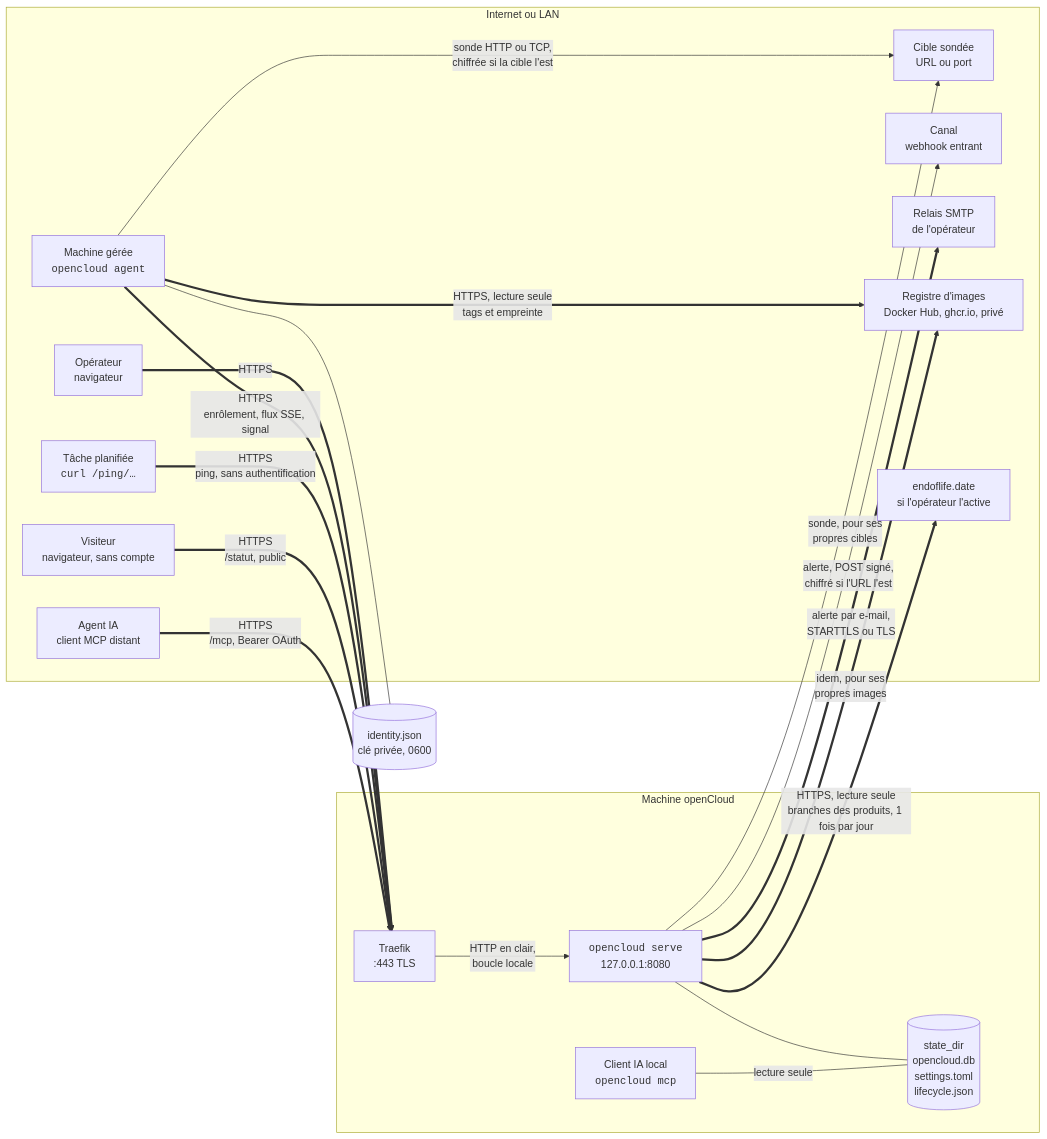
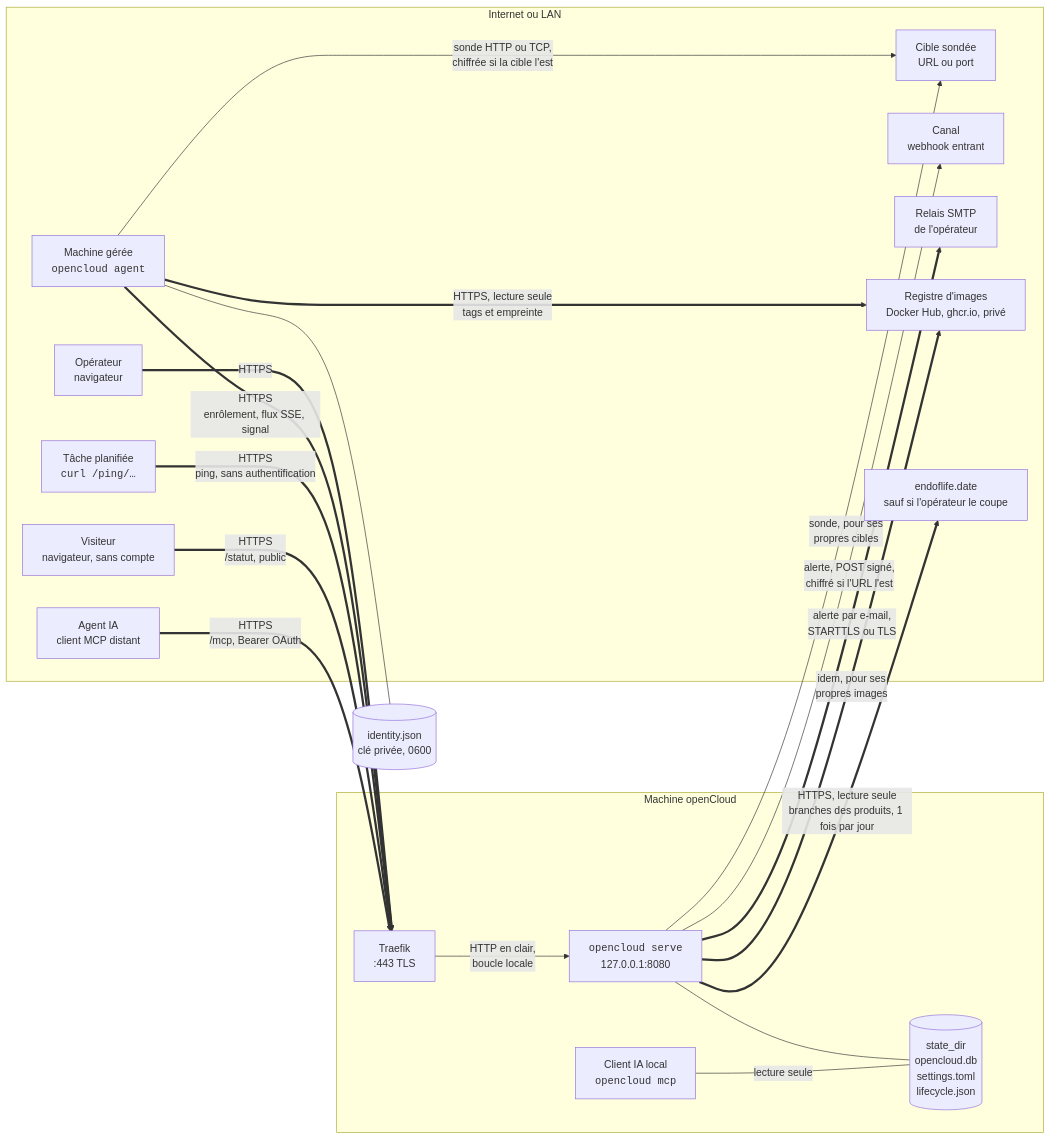
Before and after one commit to ldesfontaine/opencloud: the diagram in docs/projet/22-fonctionnement.md, drawn with Mermaid. The commit also changed other lines of this file and 12 other files, not shown here.

````diff
--- a/docs/projet/22-fonctionnement.md
+++ b/docs/projet/22-fonctionnement.md
@@ -30,37 +31,37 @@
 ```mermaid
 flowchart LR
     subgraph internet["Internet ou LAN"]
         op["Opérateur<br>navigateur"]
         ag["Machine gérée<br><code>opencloud agent</code>"]
         job["Tâche planifiée<br><code>curl /ping/…</code>"]
         tgt["Cible sondée<br>URL ou port"]
         vis["Visiteur<br>navigateur, sans compte"]
         hook["Canal<br>webhook entrant"]
         smtp["Relais SMTP<br>de l'opérateur"]
         reg["Registre d'images<br>Docker Hub, ghcr.io, privé"]
-        eol["endoflife.date<br>si l'opérateur l'active"]
+        eol["endoflife.date<br>sauf si l'opérateur le coupe"]
         ai["Agent IA<br>client MCP distant"]
     end
     subgraph oc["Machine openCloud"]
         tr["Traefik<br>:443 TLS"]
         srv["<code>opencloud serve</code><br>127.0.0.1:8080"]
         db[("state_dir<br>opencloud.db<br>settings.toml<br>lifecycle.json")]
         cli["Client IA local<br><code>opencloud mcp</code>"]
         tr -- "HTTP en clair,<br>boucle locale" --> srv
         srv --- db
         cli -- "lecture seule" --- db
     end
     op == "HTTPS" ==> tr
     ag == "HTTPS<br>enrôlement, flux SSE, signal" ==> tr
     job == "HTTPS<br>ping, sans authentification" ==> tr
     vis == "HTTPS<br>/statut, public" ==> tr
     ai == "HTTPS<br>/mcp, Bearer OAuth" ==> tr
     ag -- "sonde HTTP ou TCP,<br>chiffrée si la cible l'est" --> tgt
     srv -- "sonde, pour ses<br>propres cibles" --> tgt
     srv -- "alerte, POST signé,<br>chiffré si l'URL l'est" --> hook
     srv == "alerte par e-mail,<br>STARTTLS ou TLS" ==> smtp
     ag == "HTTPS, lecture seule<br>tags et empreinte" ==> reg
     srv == "idem, pour ses<br>propres images" ==> reg
     srv == "HTTPS, lecture seule<br>branches des produits, 1 fois par jour" ==> eol
     ag --- id[("identity.json<br>clé privée, 0600")]
 ```
````
